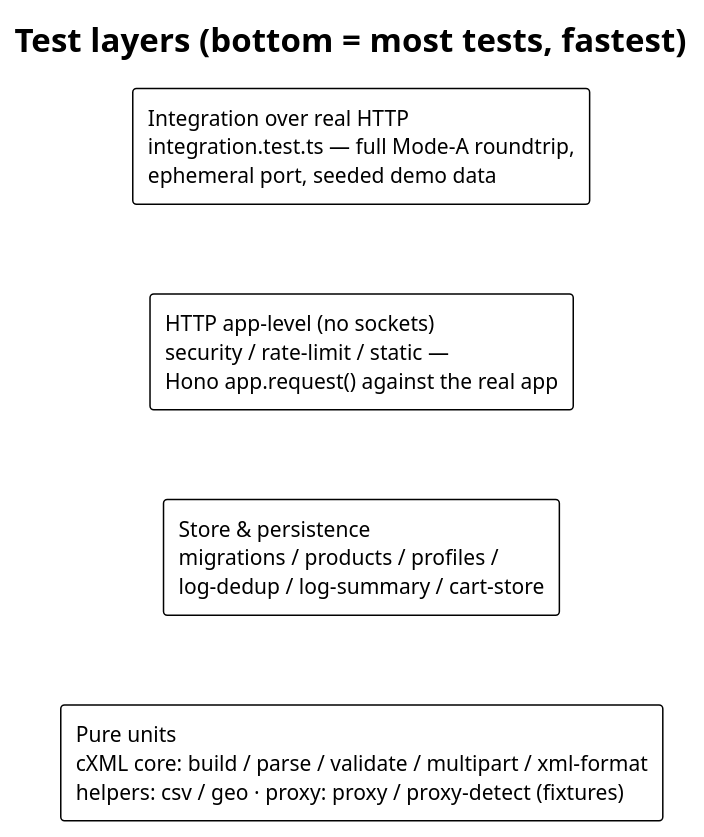
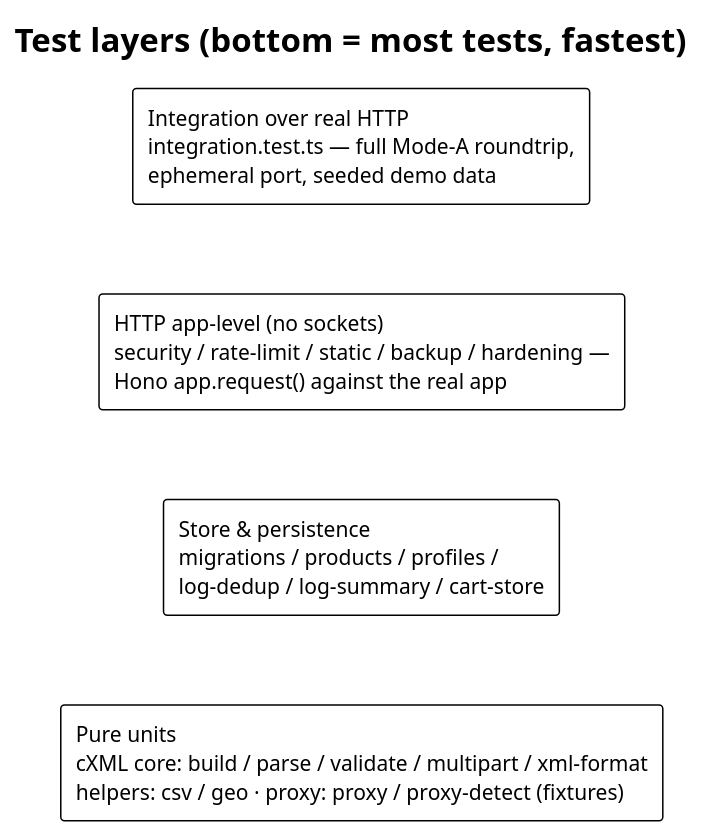
Before and after one commit to slawomir-szostak/punchout-simulator: the diagram in docs/diagrams/test-layers.puml, drawn with PlantUML. The commit also changed 16 other files, not shown here.

```diff
--- a/docs/diagrams/test-layers.puml
+++ b/docs/diagrams/test-layers.puml
@@ -1,13 +1,13 @@
 @startuml test-layers
 !theme plain
 title Test layers (bottom = most tests, fastest)
 
 rectangle "Integration over real HTTP\nintegration.test.ts — full Mode-A roundtrip,\nephemeral port, seeded demo data" as L4
-rectangle "HTTP app-level (no sockets)\nsecurity / rate-limit / static —\nHono app.request() against the real app" as L3
+rectangle "HTTP app-level (no sockets)\nsecurity / rate-limit / static / backup / hardening —\nHono app.request() against the real app" as L3
 rectangle "Store & persistence\nmigrations / products / profiles /\nlog-dedup / log-summary / cart-store" as L2
 rectangle "Pure units\ncXML core: build / parse / validate / multipart / xml-format\nhelpers: csv / geo · proxy: proxy / proxy-detect (fixtures)" as L1
 
 L4 -[hidden]down- L3
 L3 -[hidden]down- L2
 L2 -[hidden]down- L1
 @enduml
```
